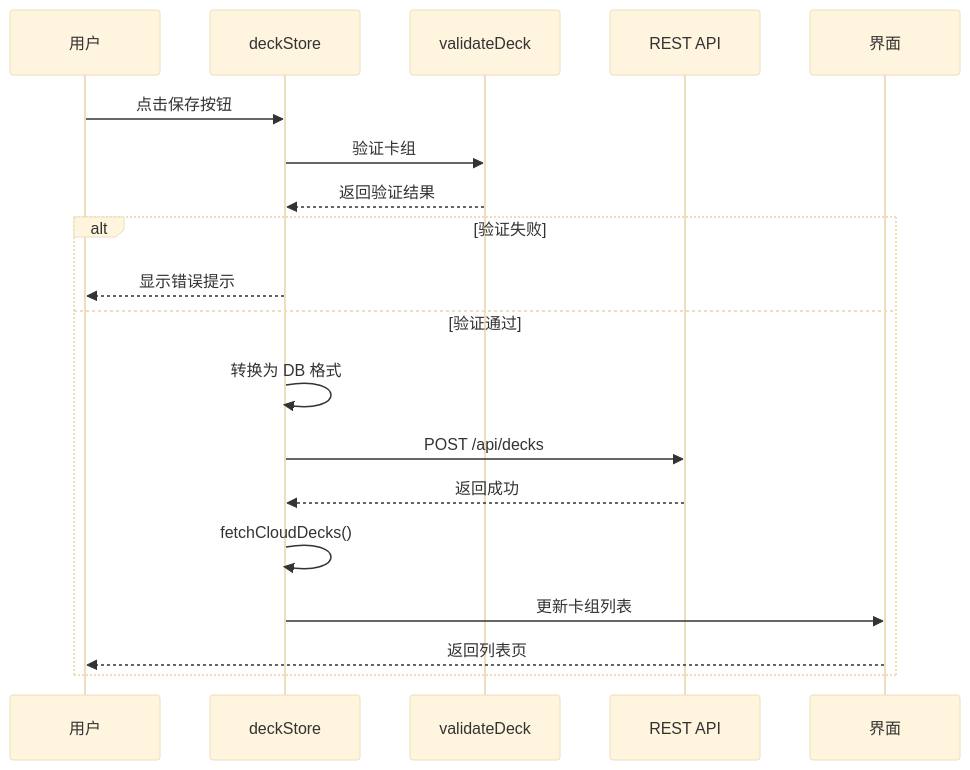
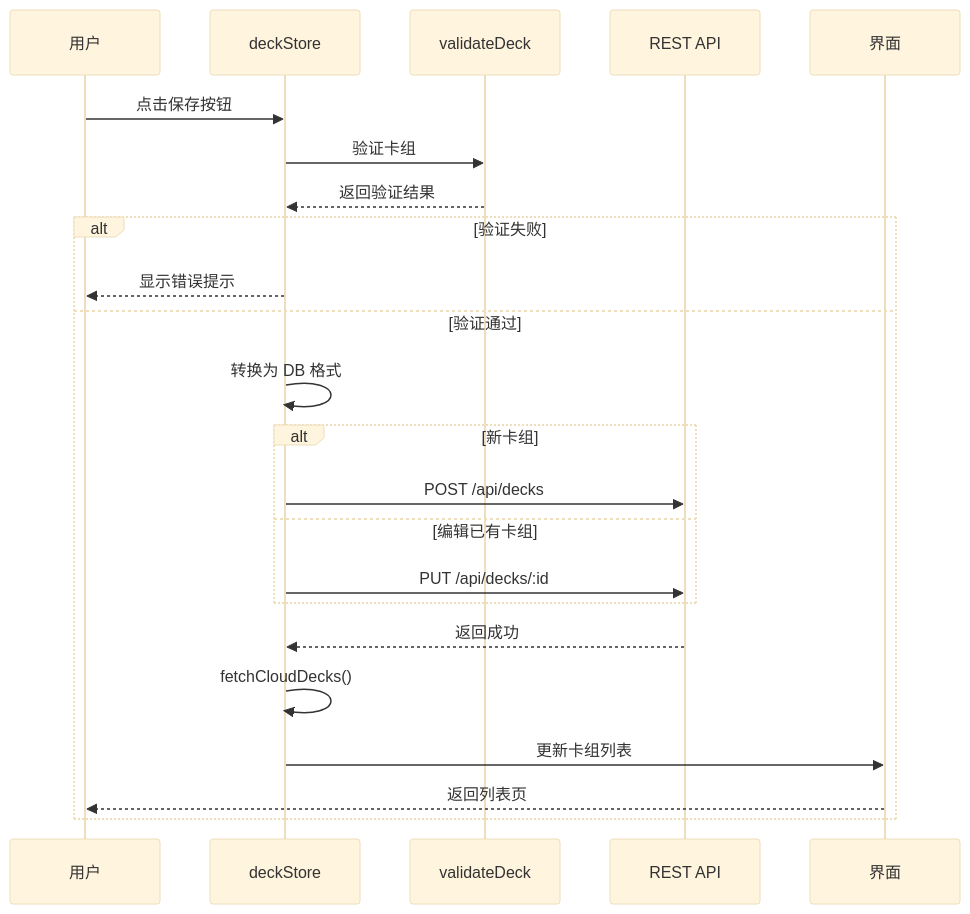
Before and after one commit to catmeow123456/loveca-dev: the second of 4 diagrams in docs/deck-management/design.md, drawn with Mermaid (base theme). The commit also changed other lines of this file and 13 other files, not shown here.

````diff
--- a/docs/deck-management/design.md
+++ b/docs/deck-management/design.md
@@ -405,23 +415,27 @@
 ```mermaid
 sequenceDiagram
     participant User as 用户
     participant DS as deckStore
     participant DV as validateDeck
     participant API as REST API
     participant UI as 界面
 
     User->>DS: 点击保存按钮
     DS->>DV: 验证卡组
     DV-->>DS: 返回验证结果
 
     alt 验证失败
         DS-->>User: 显示错误提示
     else 验证通过
         DS->>DS: 转换为 DB 格式
-        DS->>API: POST /api/decks
+        alt 新卡组
+            DS->>API: POST /api/decks
+        else 编辑已有卡组
+            DS->>API: PUT /api/decks/:id
+        end
         API-->>DS: 返回成功
         DS->>DS: fetchCloudDecks()
         DS->>UI: 更新卡组列表
         UI-->>User: 返回列表页
     end
 ```
````
